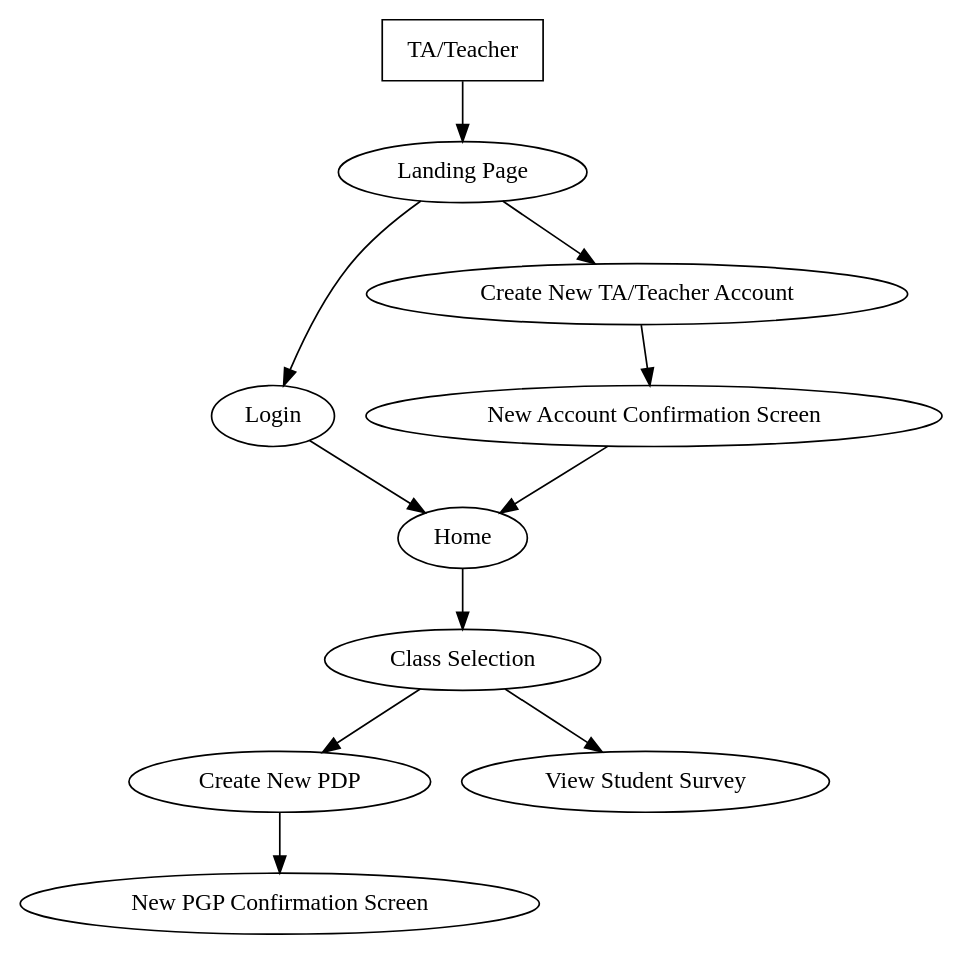
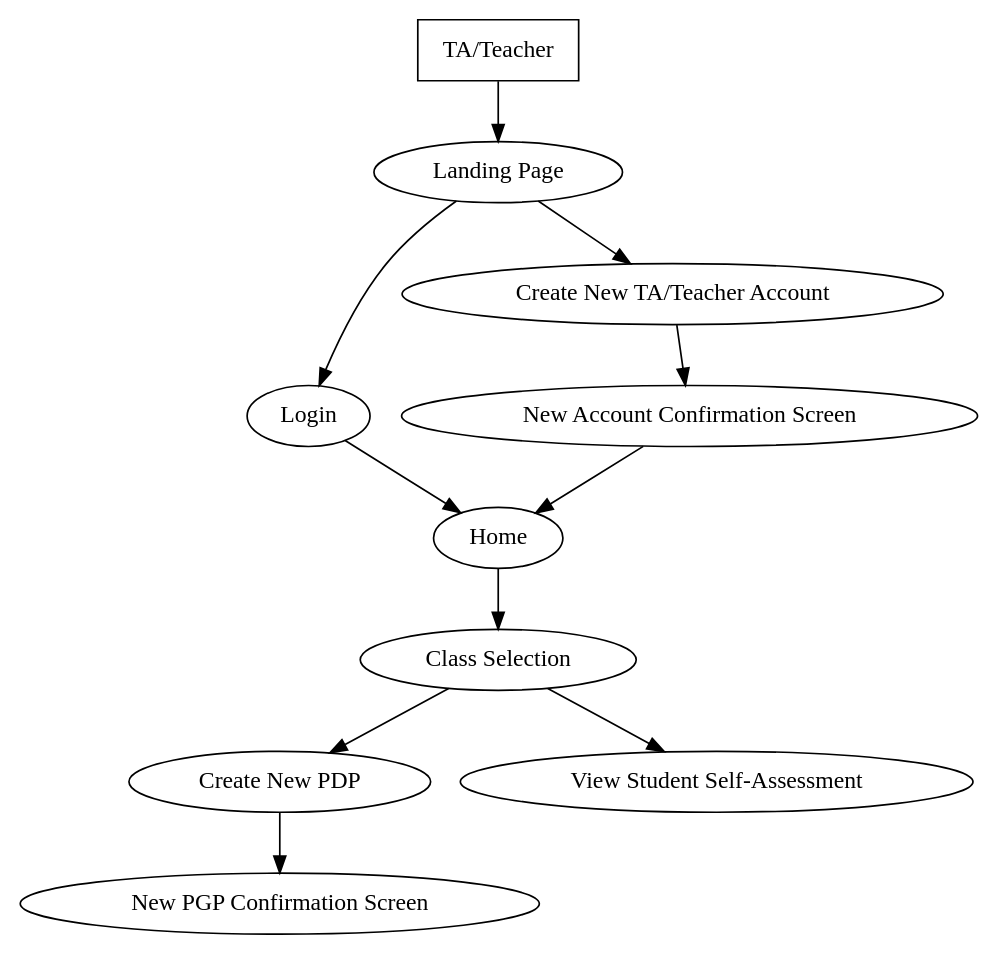
One commit to bhrach/Personalized-Growth-Plan changed the diagram in user_flows/TA_User_Flow_v2.dot. Above: the diagram before and after it, drawn with Graphviz. The commit also changed 2 other files, not shown here.

```diff
--- a/user_flows/TA_User_Flow_v2.dot
+++ b/user_flows/TA_User_Flow_v2.dot
@@ -1,16 +1,16 @@
 digraph TA_User_Flow{
     a [label="TA/Teacher", shape=box];
     b [label="Landing Page"];
     c [label="Login"];
     d [label="Create New TA/Teacher Account"];
     e [label="New Account Confirmation Screen"];
     f [label="Home"];
     g [label="Class Selection"]
     h [label="Create New PDP"];
-    i [label="View Student Survey"];
+    i [label="View Student Self-Assessment"];
     j [label="New PGP Confirmation Screen"];
 
     a -> b -> c -> f -> g  -> h -> j;
     b -> d -> e -> f;
     g -> i;
   }
```
